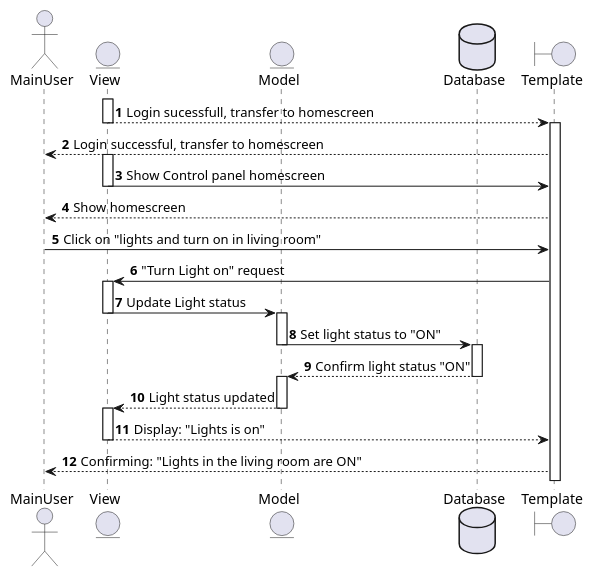
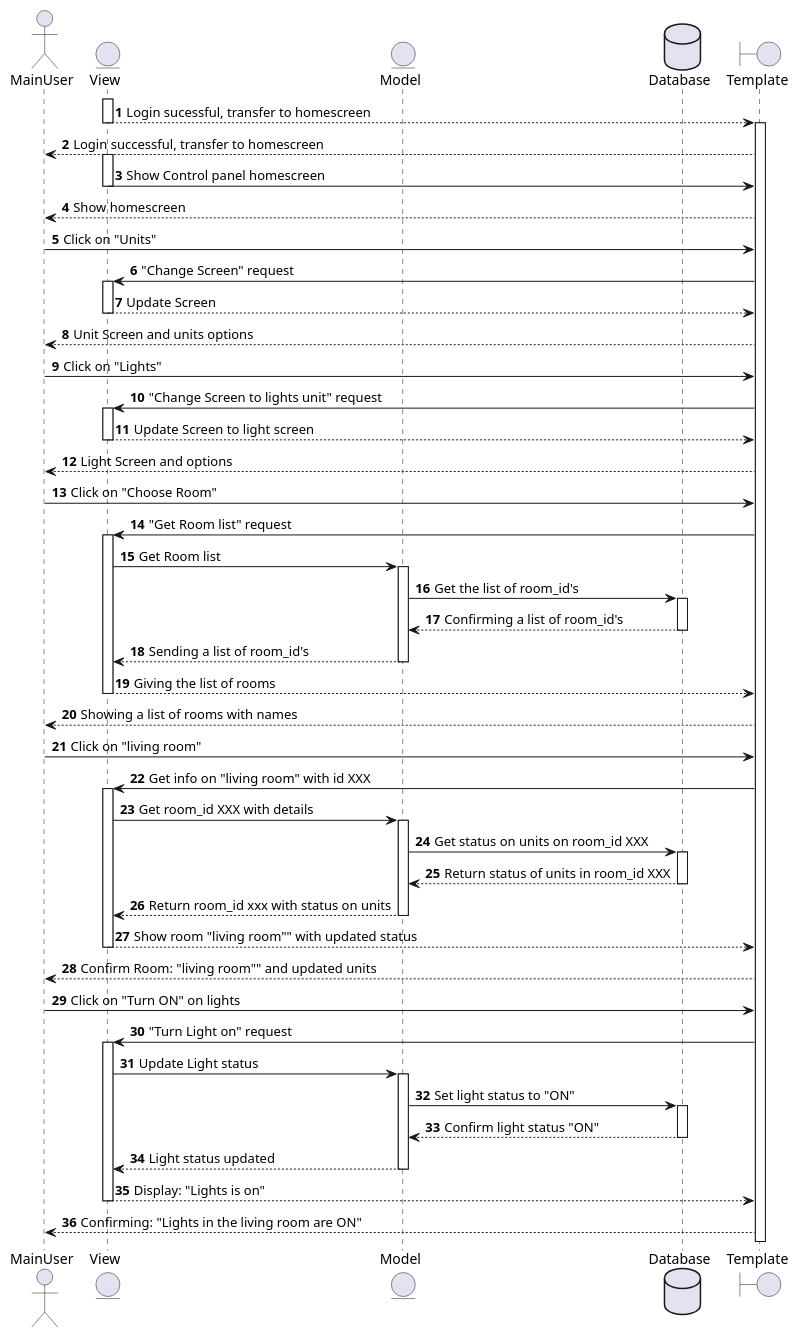
The diagram in Diagrams/TurnOnLightsSeq.puml (StefanBStrand/SETGruppe11HIOF), drawn with PlantUML before and after one commit.

Commit message:
Endret flyten på TurnOnLightsSeq.puml

```diff
--- a/Diagrams/TurnOnLightsSeq.puml
+++ b/Diagrams/TurnOnLightsSeq.puml
@@ -1,51 +1,112 @@
 @startuml
 'https://plantuml.com/sequence-diagram
 
 autonumber
 
 actor MainUser as muser
 entity View as view
 entity Model as model
 database Database as db
 boundary Template as tp
 
 activate view
-view --> tp: Login sucessfull, transfer to homescreen
+view --> tp: Login sucessful, transfer to homescreen
 deactivate view
 
 activate tp
 tp --> muser : Login successful, transfer to homescreen
 
 activate view
 view -> tp: Show Control panel homescreen
 deactivate view
 
 tp --> muser : Show homescreen
 
-muser -> tp : Click on "lights and turn on in living room"
+muser -> tp : Click on "Units"
+
+tp -> view : "Change Screen" request
+activate view
+
+view --> tp : Update Screen
+deactivate view
+
+tp --> muser : Unit Screen and units options
+
+muser -> tp : Click on "Lights"
+
+tp -> view : "Change Screen to lights unit" request
+activate view
+
+view --> tp : Update Screen to light screen
+deactivate view
+
+tp --> muser : Light Screen and options
+
+muser -> tp : Click on "Choose Room"
+
+tp -> view : "Get Room list" request
+activate view
+
+view -> model : Get Room list
+activate model
+
+model -> db : Get the list of room_id's
+activate db
+
+db --> model : Confirming a list of room_id's
+deactivate db
+
+model --> view : Sending a list of room_id's
+deactivate model
+
+view --> tp : Giving the list of rooms
+deactivate view
+
+tp --> muser : Showing a list of rooms with names
+
+muser -> tp : Click on "living room"
+
+tp -> view : Get info on "living room" with id XXX
+activate view
+
+view -> model : Get room_id XXX with details
+activate model
+
+model -> db : Get status on units on room_id XXX
+activate db
+
+db --> model : Return status of units in room_id XXX
+deactivate db
+
+model --> view : Return room_id xxx with status on units
+deactivate model
+
+view --> tp : Show room "living room"" with updated status
+deactivate view
+
+tp --> muser : Confirm Room: "living room"" and updated units
+
+muser -> tp : Click on "Turn ON" on lights
 
 tp -> view : "Turn Light on" request
 activate view
 
 view -> model : Update Light status
-deactivate view
 activate model
 
 model -> db : Set light status to "ON"
-deactivate model
 activate db
 
 db --> model : Confirm light status "ON"
 deactivate db
-activate model
+
 
 model --> view : Light status updated
 deactivate model
-activate view
 
 view --> tp : Display: "Lights is on"
 deactivate view
 
 tp --> muser : Confirming: "Lights in the living room are ON"
 
 @enduml
```
